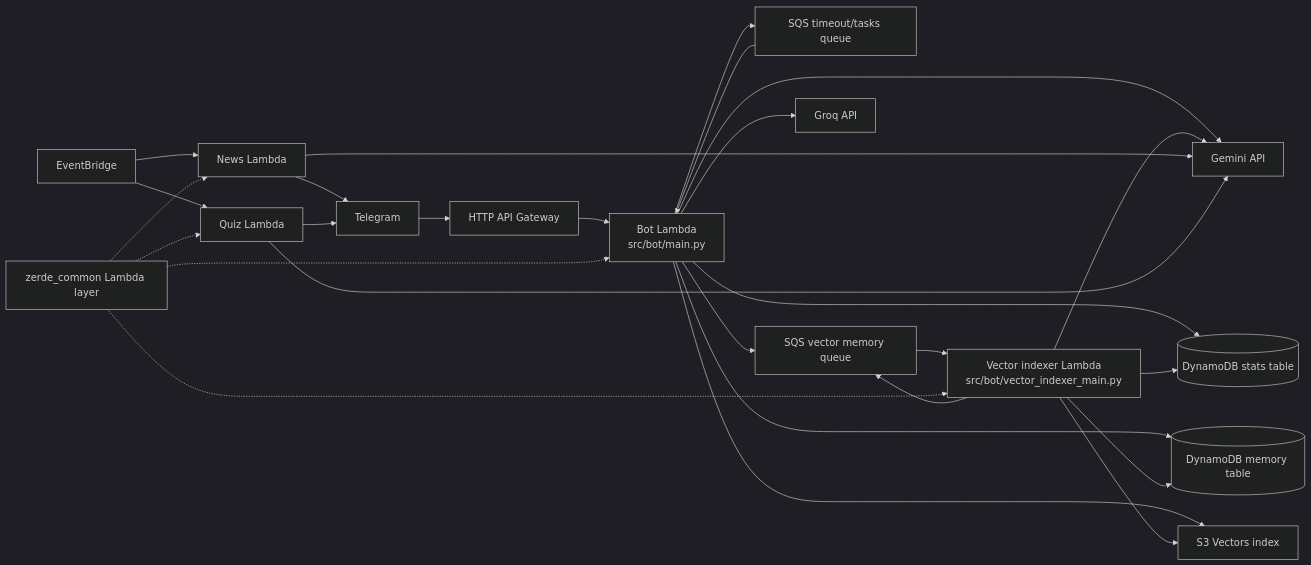
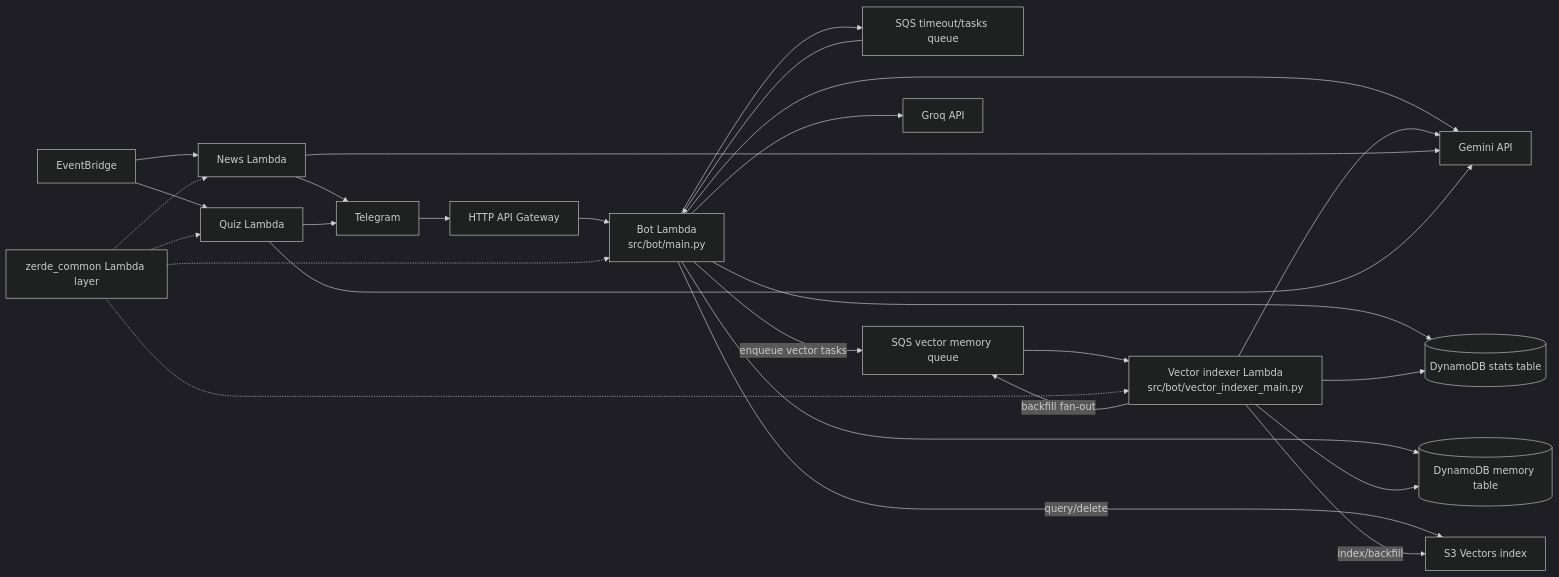
One commit to Bayashat/zerde-serverless-bot changed the diagram in docs/ARCHITECTURE.md. Above: the diagram before and after it, drawn with Mermaid (dark theme). The commit also changed 9 other files, not shown here.

Commit message:
docs: align vector indexer architecture (#119)

````diff
--- a/docs/ARCHITECTURE.md
+++ b/docs/ARCHITECTURE.md
@@ -20,32 +20,32 @@
 ```mermaid
 flowchart LR
   TG["Telegram"] --> APIGW["HTTP API Gateway"]
   APIGW --> BOT["Bot Lambda<br/>src/bot/main.py"]
   MAINQ["SQS timeout/tasks queue"] --> BOT
   VQ["SQS vector memory queue"] --> VIDX["Vector indexer Lambda<br/>src/bot/vector_indexer_main.py"]
 
   BOT --> STATS[("DynamoDB stats table")]
   BOT --> MEMORY[("DynamoDB memory table")]
   BOT --> MAINQ
-  BOT --> VQ
-  BOT --> S3V["S3 Vectors index"]
+  BOT -- "enqueue vector tasks" --> VQ
+  BOT -- "query/delete" --> S3V["S3 Vectors index"]
   BOT --> GEMINI["Gemini API"]
   BOT --> GROQ["Groq API"]
-  VIDX --> VQ
+  VIDX -- "backfill fan-out" --> VQ
   VIDX --> STATS
   VIDX --> MEMORY
-  VIDX --> S3V
+  VIDX -- "index/backfill" --> S3V
   VIDX --> GEMINI
 
   EB["EventBridge"] --> NEWS["News Lambda"]
   EB --> QUIZ["Quiz Lambda"]
   NEWS --> GEMINI
   QUIZ --> GEMINI
   NEWS --> TG
   QUIZ --> TG
 
   LAYER["zerde_common Lambda layer"] -.-> BOT
   LAYER -.-> VIDX
   LAYER -.-> NEWS
   LAYER -.-> QUIZ
 ```
````
